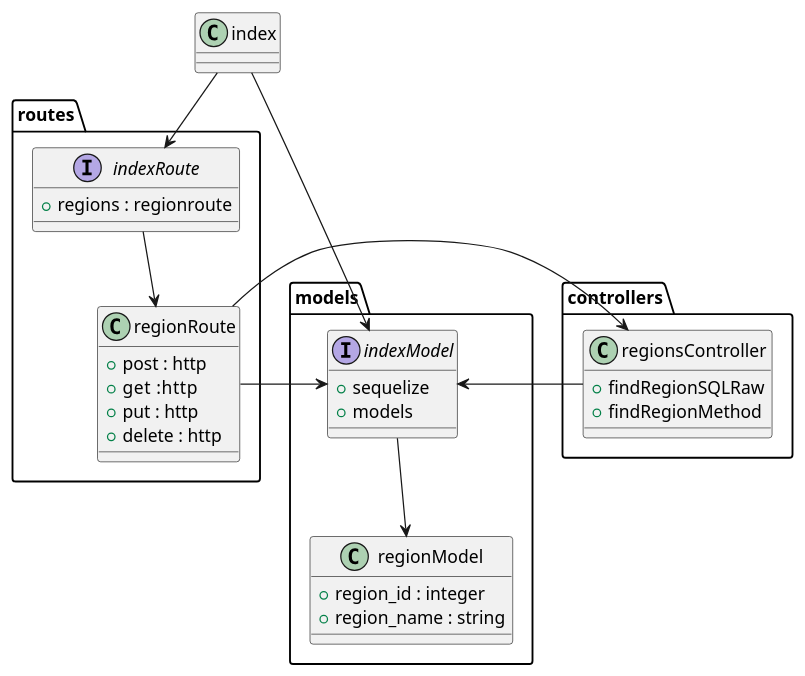
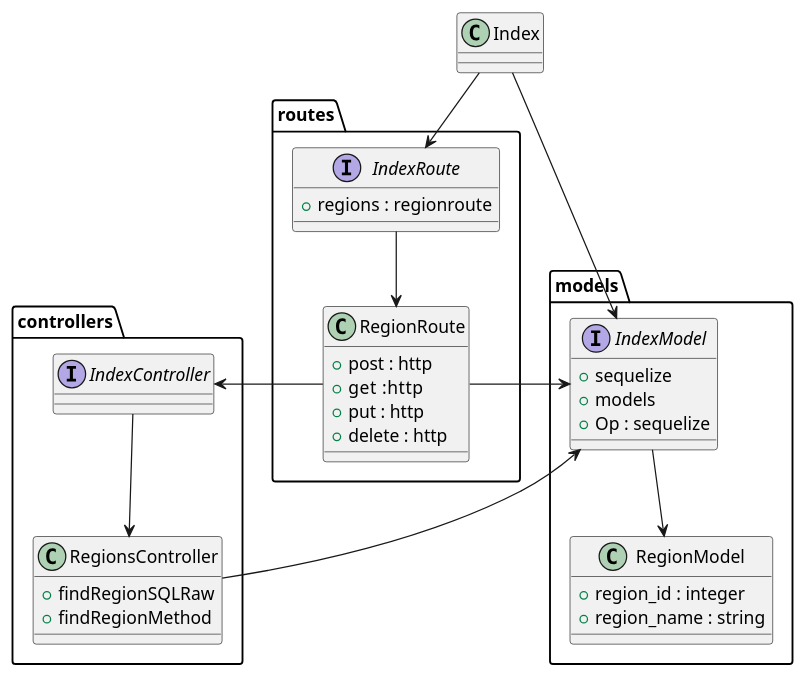
Before and after one commit to daffadrm/codeid-nodejs-week2: the diagram in 99-uml-design/01-class-regions.puml, drawn with PlantUML. The commit also changed 2 other files, not shown here.

```diff
--- a/99-uml-design/01-class-regions.puml
+++ b/99-uml-design/01-class-regions.puml
@@ -1,47 +1,53 @@
 @startuml class regions
 
-  interface models.indexModel {
+  interface models.IndexModel {
       +sequelize
       +models
+      +Op : sequelize
   }
 
-  class models.regionModel{
+  class models.RegionModel{
      +region_id : integer
-     +region_name : string 
+     +region_name : string
   }
 
-  models.indexModel --> models.regionModel
+  models.IndexModel --> models.RegionModel
 
-  interface routes.indexRoute{
+  interface routes.IndexRoute{
     +regions : regionroute
   }
 
-  class routes.regionRoute{
+  class routes.RegionRoute{
     +post : http
     +get  :http
     +put : http
     +delete : http
   }
 
   
 
-  class index {
+  class Index {
 
   }
 
-  class controllers.regionsController{
+  interface controllers.IndexController{
+
+  }
+
+  class controllers.RegionsController{
     +findRegionSQLRaw
     +findRegionMethod
   }
 
-  routes.indexRoute --> routes.regionRoute
-  routes.regionRoute -left-> models.indexModel
-  routes.regionRoute -left-> controllers.regionsController
-  controllers.regionsController -left-> models.indexModel
+  routes.IndexRoute --> routes.RegionRoute
+  routes.RegionRoute -left-> models.IndexModel
+  routes.RegionRoute -right-> controllers.IndexController
+  controllers.RegionsController -left-> models.IndexModel
+  controllers.IndexController --> controllers.RegionsController
 
-  index --> models.indexModel
-  index --> routes.indexRoute
+  Index --> models.IndexModel
+  Index --> routes.IndexRoute
 
 
 
 @enduml
```
